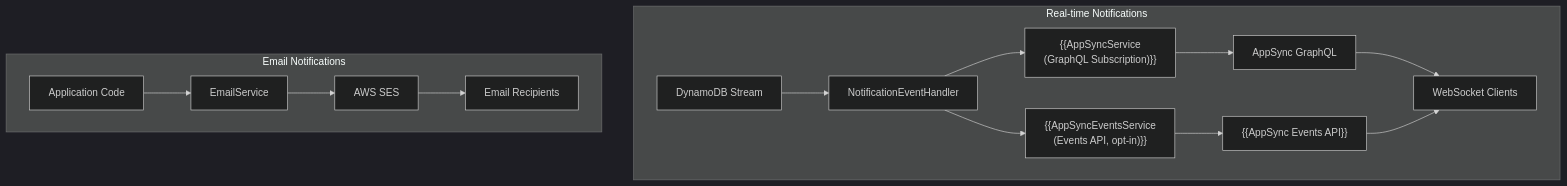
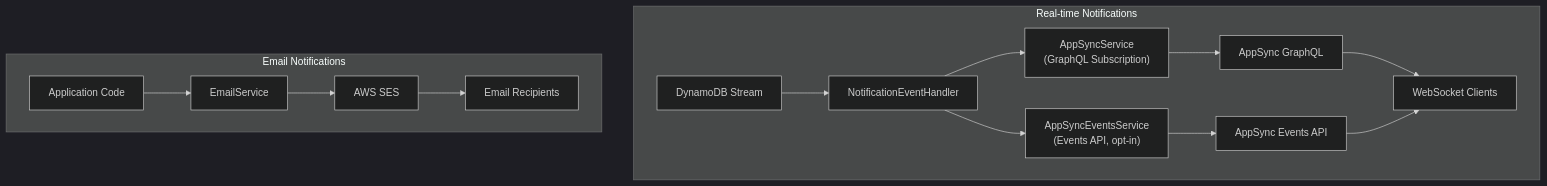
One commit to mbc-net/mbc-cqrs-serverless-doc changed the diagram in i18n/en/docusaurus-plugin-content-docs/current/notification-module.md. Above: the diagram before and after it, drawn with Mermaid (dark theme). The commit also changed other lines of this file and 19 other files, not shown here.

````diff
--- a/i18n/en/docusaurus-plugin-content-docs/current/notification-module.md
+++ b/i18n/en/docusaurus-plugin-content-docs/current/notification-module.md
@@ -14,18 +14,18 @@
 ```mermaid
 graph TB
     subgraph "Real-time Notifications"
         A["DynamoDB Stream"] --> B["NotificationEventHandler"]
-        B --> C["{{AppSyncService\n(GraphQL Subscription)}}"]
-        B --> C2["{{AppSyncEventsService\n(Events API, opt-in)}}"]
+        B --> C["AppSyncService\n(GraphQL Subscription)"]
+        B --> C2["AppSyncEventsService\n(Events API, opt-in)"]
         C --> D["AppSync GraphQL"]
-        C2 --> D2["{{AppSync Events API}}"]
+        C2 --> D2["AppSync Events API"]
         D --> E["WebSocket Clients"]
         D2 --> E
     end
 
     subgraph "Email Notifications"
         F["Application Code"] --> G["EmailService"]
         G --> H["AWS SES"]
         H --> I["Email Recipients"]
     end
 ```
````
